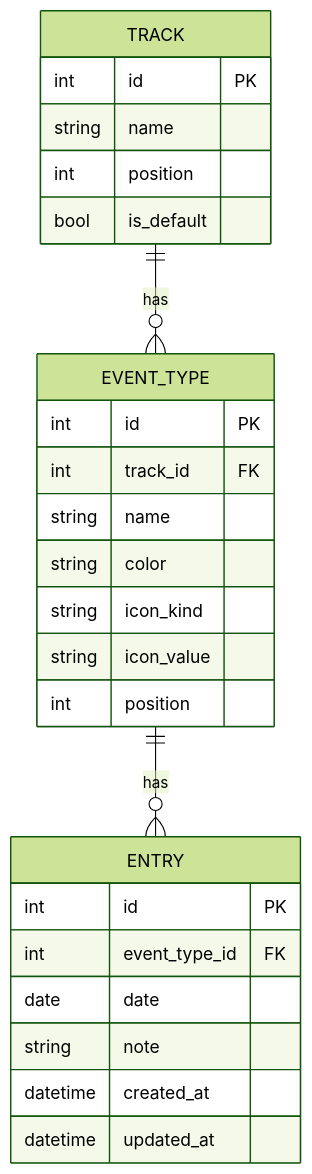
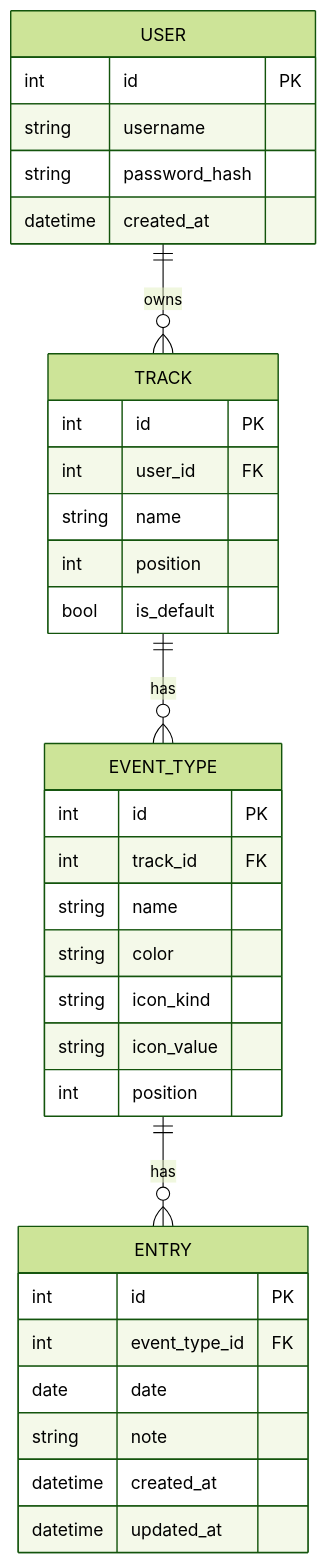
The second of 3 diagrams in docs/ARCHITECTURE.md (pernastefano/trakko), drawn with Mermaid (forest theme) before and after one commit. The commit also changed other lines of this file and 51 other files, not shown here.

First line of the commit message:
Add accounts, About section and a graphite and amber theme

````diff
--- a/docs/ARCHITECTURE.md
+++ b/docs/ARCHITECTURE.md
@@ -42,29 +42,37 @@
 ```mermaid
 erDiagram
+    USER ||--o{ TRACK : owns
     TRACK ||--o{ EVENT_TYPE : has
     EVENT_TYPE ||--o{ ENTRY : has
 
+    USER {
+        int id PK
+        string username
+        string password_hash
+        datetime created_at
+    }
     TRACK {
         int id PK
+        int user_id FK
         string name
         int position
         bool is_default
     }
     EVENT_TYPE {
         int id PK
         int track_id FK
         string name
         string color
         string icon_kind
         string icon_value
         int position
     }
     ENTRY {
         int id PK
         int event_type_id FK
         date date
         string note
         datetime created_at
         datetime updated_at
     }
 ```
````
